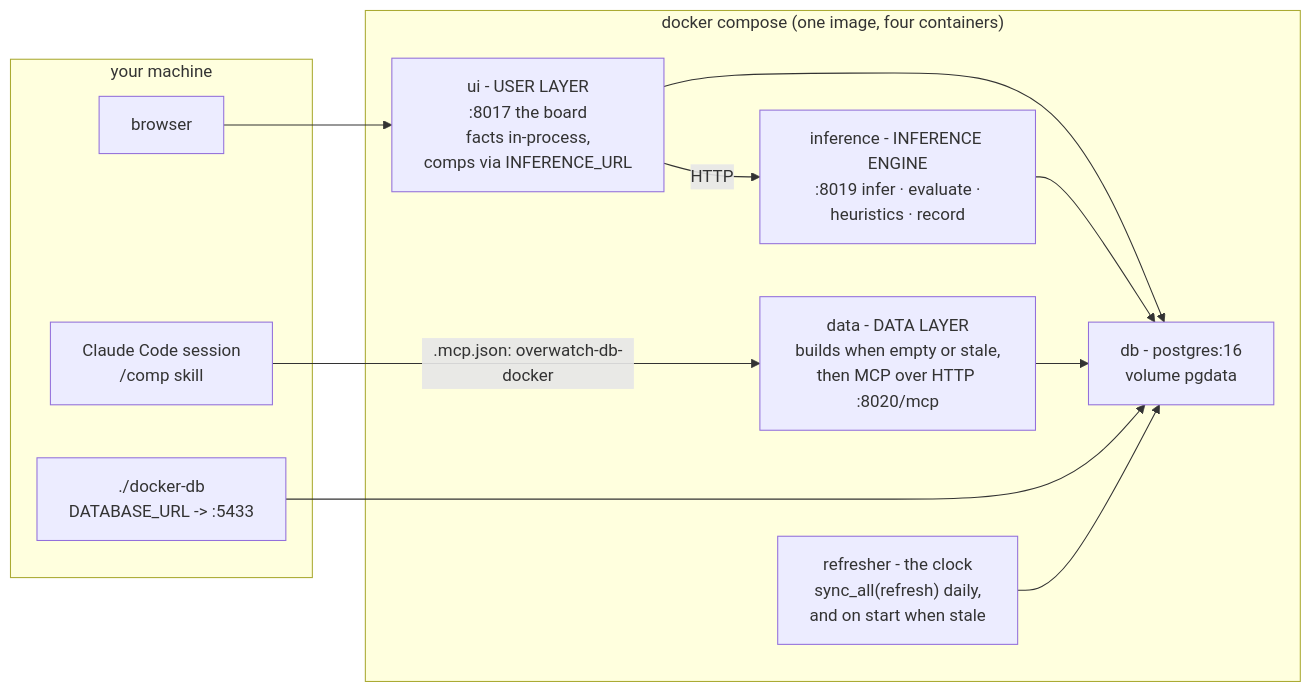
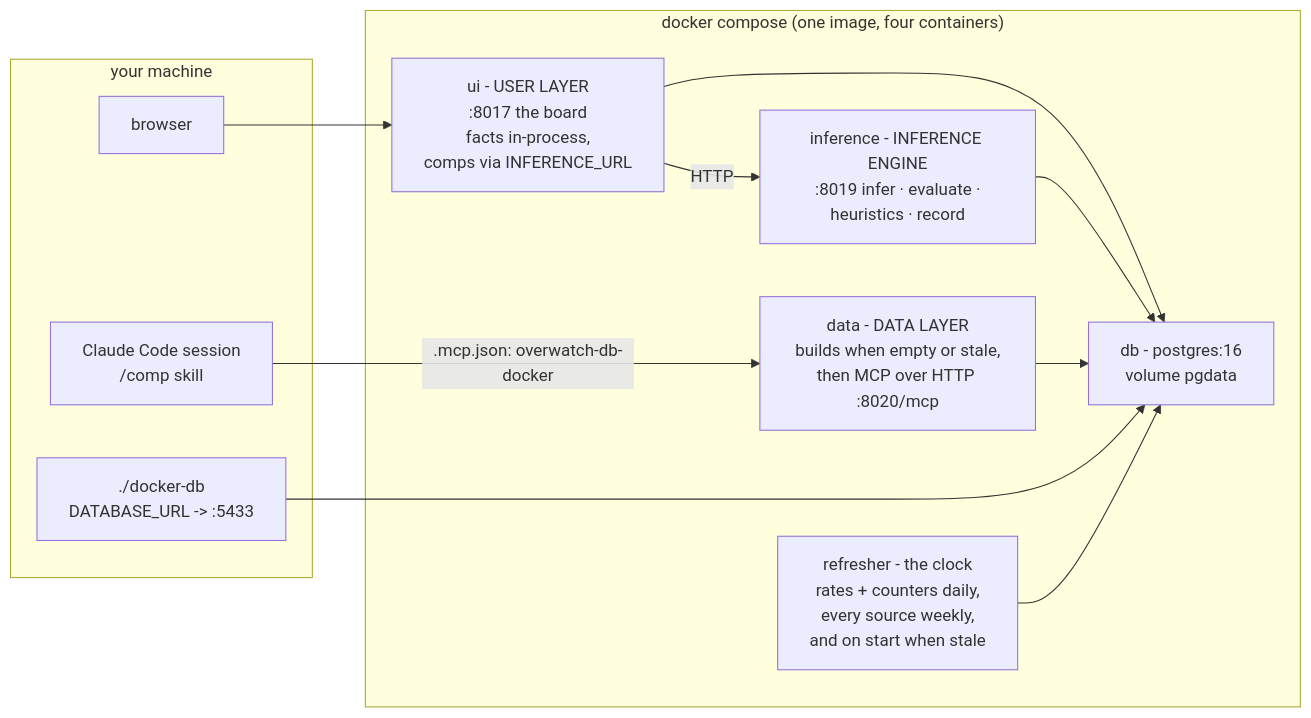
One commit to mmikol/counter-utility-matrix changed the sixth of 6 diagrams in docs/architecture.md. Above: the diagram before and after it, drawn with Mermaid. The commit also changed other lines of this file and 26 other files, not shown here.

````diff
--- a/docs/architecture.md
+++ b/docs/architecture.md
@@ -161,23 +173,23 @@
 ```mermaid
 flowchart LR
     subgraph HOST["your machine"]
         SESSION["Claude Code session<br/>/comp skill"]
         BROWSER["browser"]
         SHELL["./docker-db<br/>DATABASE_URL -> :5433"]
     end
     subgraph DOCKER["docker compose (one image, four containers)"]
         DATA["data - DATA LAYER<br/>builds when empty or stale,<br/>then MCP over HTTP :8020/mcp"]
         INF["inference - INFERENCE ENGINE<br/>:8019 infer · evaluate ·<br/>heuristics · record"]
         UI["ui - USER LAYER<br/>:8017 the board<br/>facts in-process,<br/>comps via INFERENCE_URL"]
         DBC["db - postgres:16<br/>volume pgdata"]
-        REF["refresher - the clock<br/>sync_all(refresh) daily,<br/>and on start when stale"]
+        REF["refresher - the clock<br/>rates + counters daily,<br/>every source weekly,<br/>and on start when stale"]
     end
     SESSION -->|".mcp.json: overwatch-db-docker"| DATA
     BROWSER --> UI
     UI -->|"HTTP"| INF
     UI --> DBC
     INF --> DBC
     DATA --> DBC
     SHELL --> DBC
     REF --> DBC
 ```
````
